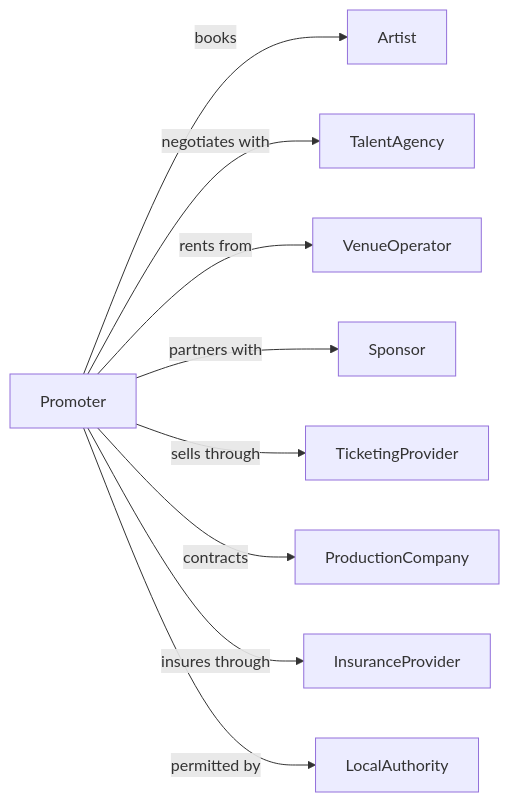
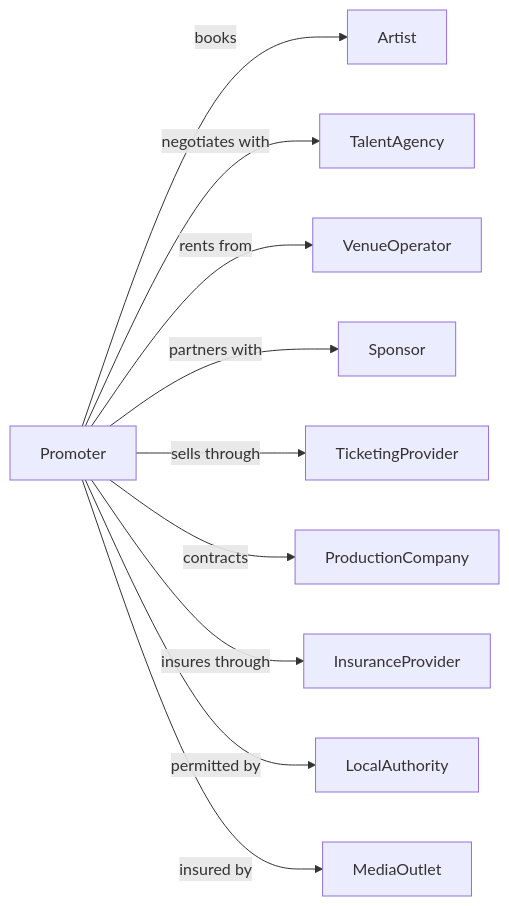
The second of 2 diagrams in Arts/PerformingArtsSpectatorSportsAndRelatedIndustries/PromotersOfPerformingArtsSportsAndSimilarEvents/PromotersOfPerformingArtsSportsAndSimilarEventsWithoutFacilities.mdx (dot-org-ai/industries.org.ai), drawn with Mermaid before and after one commit. The commit also changed 588 other files, not shown here.

````diff
--- a/Arts/PerformingArtsSpectatorSportsAndRelatedIndustries/PromotersOfPerformingArtsSportsAndSimilarEvents/PromotersOfPerformingArtsSportsAndSimilarEventsWithoutFacilities.mdx
+++ b/Arts/PerformingArtsSpectatorSportsAndRelatedIndustries/PromotersOfPerformingArtsSportsAndSimilarEvents/PromotersOfPerformingArtsSportsAndSimilarEventsWithoutFacilities.mdx
@@ -129,13 +129,14 @@
 ```mermaid
 graph LR
     P[Promoter]
 
     P -->|books| Artist
     P -->|negotiates with| TalentAgency
     P -->|rents from| VenueOperator
     P -->|partners with| Sponsor
     P -->|sells through| TicketingProvider
     P -->|contracts| ProductionCompany
     P -->|insures through| InsuranceProvider
     P -->|permitted by| LocalAuthority
+    P -->|insured by| MediaOutlet
 ```
````
